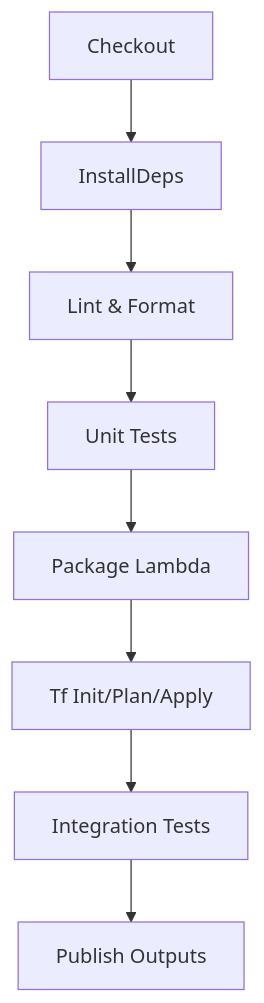
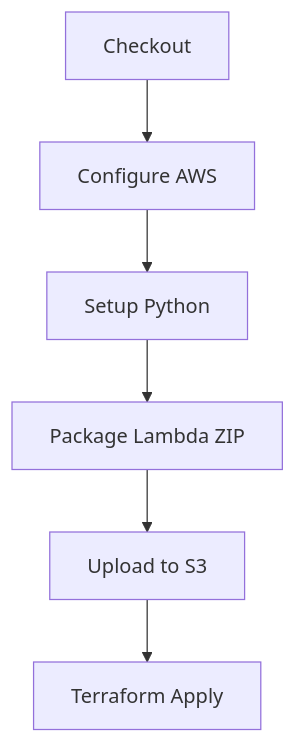
The third of 6 diagrams in README.md (hybridmulticloud/resume-api-frontend), drawn with Mermaid before and after one commit. The commit also changed other lines of this file, not shown here.

````diff
--- a/README.md
+++ b/README.md
@@ -49,10 +141,8 @@
 ```mermaid
 flowchart TD
-  A[Checkout] --> B[InstallDeps]
-  B --> C[Lint & Format]
-  C --> D[Unit Tests]
-  D --> E[Package Lambda]
-  E --> F[Tf Init/Plan/Apply]
-  F --> G[Integration Tests]
-  G --> H[Publish Outputs]
+  A[Checkout] --> B[Configure AWS]
+  B --> C[Setup Python]
+  C --> D[Package Lambda ZIP]
+  D --> E[Upload to S3]
+  E --> F[Terraform Apply]
 ```
````
